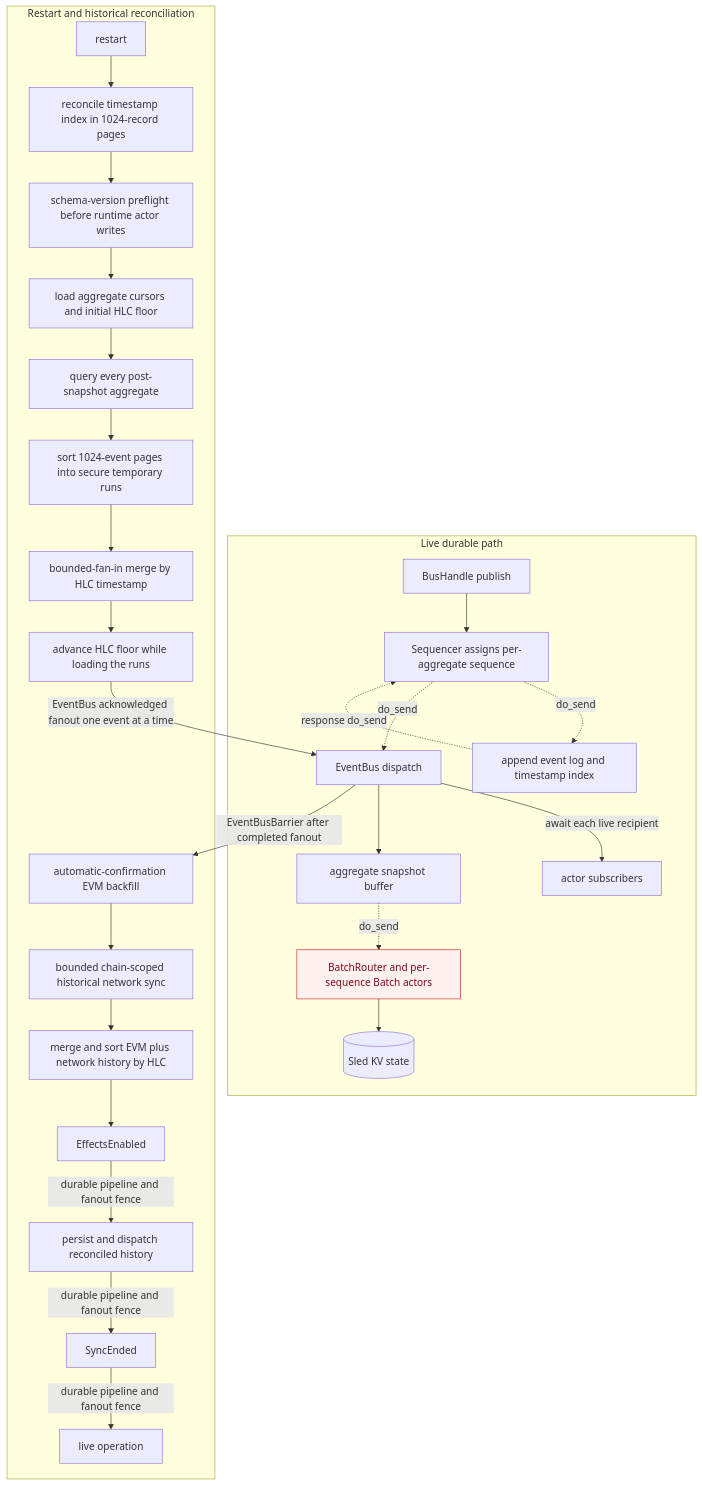
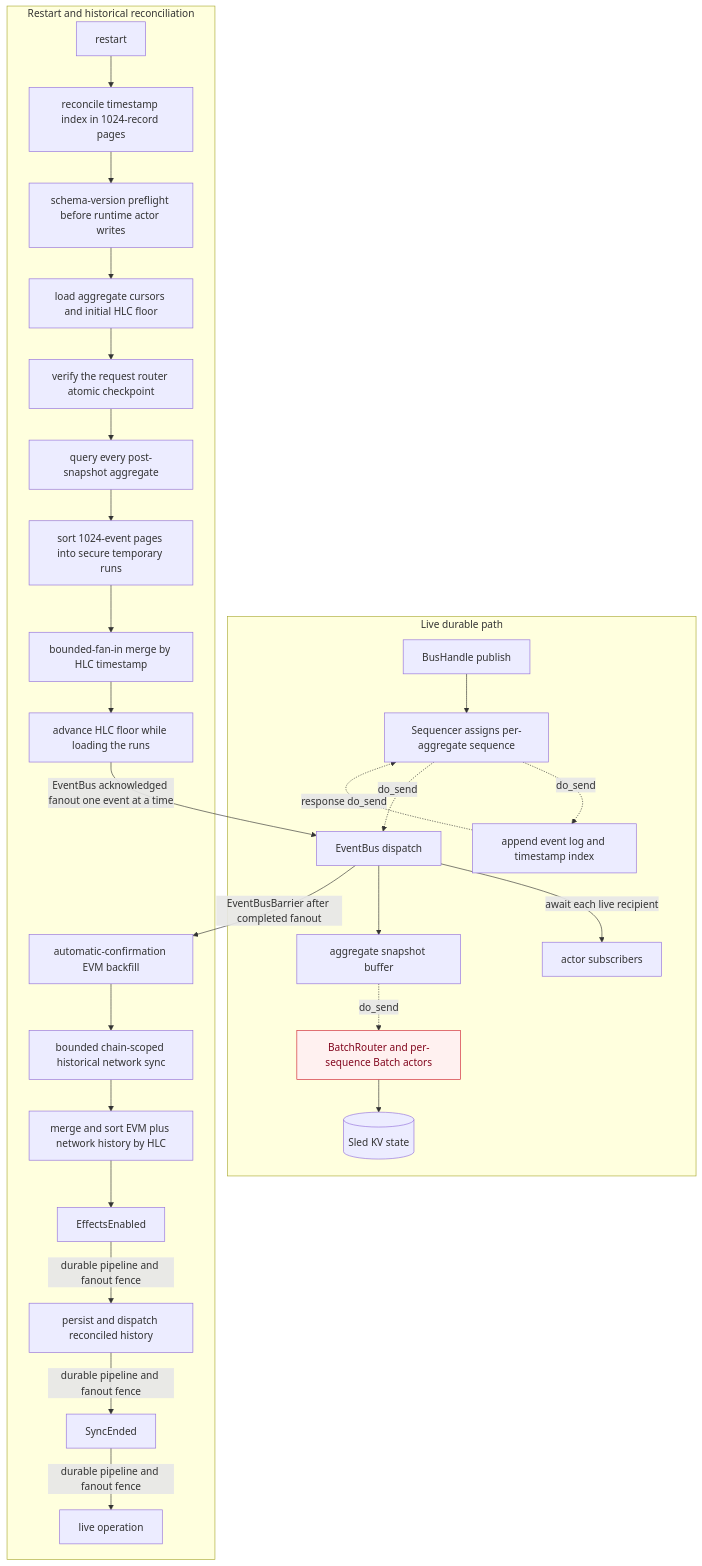
One commit to gnosisguild/interfold changed the fifth of 15 diagrams in agent/CRATES_ARCHITECTURE.md. Above: the diagram before and after it, drawn with Mermaid. The commit also changed other lines of this file and 26 other files, not shown here.

````diff
--- a/agent/CRATES_ARCHITECTURE.md
+++ b/agent/CRATES_ARCHITECTURE.md
@@ -328,34 +328,35 @@
 ```mermaid
 flowchart TD
     subgraph LivePath[Live durable path]
         Publish[BusHandle publish] --> Sequencer[Sequencer assigns per-aggregate sequence]
         Sequencer -. do_send .-> EventStore[append event log and timestamp index]
         EventStore -. response do_send .-> Sequencer
         Sequencer -. do_send .-> Dispatch[EventBus dispatch]
         Dispatch -->|await each live recipient| Subscribers[actor subscribers]
         Dispatch --> SnapshotBuffer[aggregate snapshot buffer]
         SnapshotBuffer -. do_send .-> SnapshotRouter[BatchRouter and per-sequence Batch actors]
         SnapshotRouter --> Repositories[(Sled KV state)]
     end
 
     subgraph Recovery[Restart and historical reconciliation]
         Restart[restart] --> Index[reconcile timestamp index in 1024-record pages]
         Index --> Schema[schema-version preflight before runtime actor writes]
         Schema --> SnapshotMeta[load aggregate cursors and initial HLC floor]
-        SnapshotMeta --> Query[query every post-snapshot aggregate]
+        SnapshotMeta --> RouterCursor[verify the request router atomic checkpoint]
+        RouterCursor --> Query[query every post-snapshot aggregate]
         Query --> Runs[sort 1024-event pages into secure temporary runs]
         Runs --> GlobalOrder[bounded-fan-in merge by HLC timestamp]
         GlobalOrder --> ReplayFloor[advance HLC floor while loading the runs]
         ReplayFloor -->|EventBus acknowledged fanout one event at a time| Dispatch
         Dispatch -->|EventBusBarrier after completed fanout| EvmBackfill[automatic-confirmation EVM backfill]
         EvmBackfill --> NetBackfill[bounded chain-scoped historical network sync]
         NetBackfill --> Merge[merge and sort EVM plus network history by HLC]
         Merge --> Enable[EffectsEnabled]
         Enable -->|durable pipeline and fanout fence| PersistHistory[persist and dispatch reconciled history]
         PersistHistory -->|durable pipeline and fanout fence| End[SyncEnded]
         End -->|durable pipeline and fanout fence| Live[live operation]
     end
 
     classDef residual fill:#fff1f0,stroke:#cf222e,color:#82071e
     class SnapshotRouter residual
 ```
````
